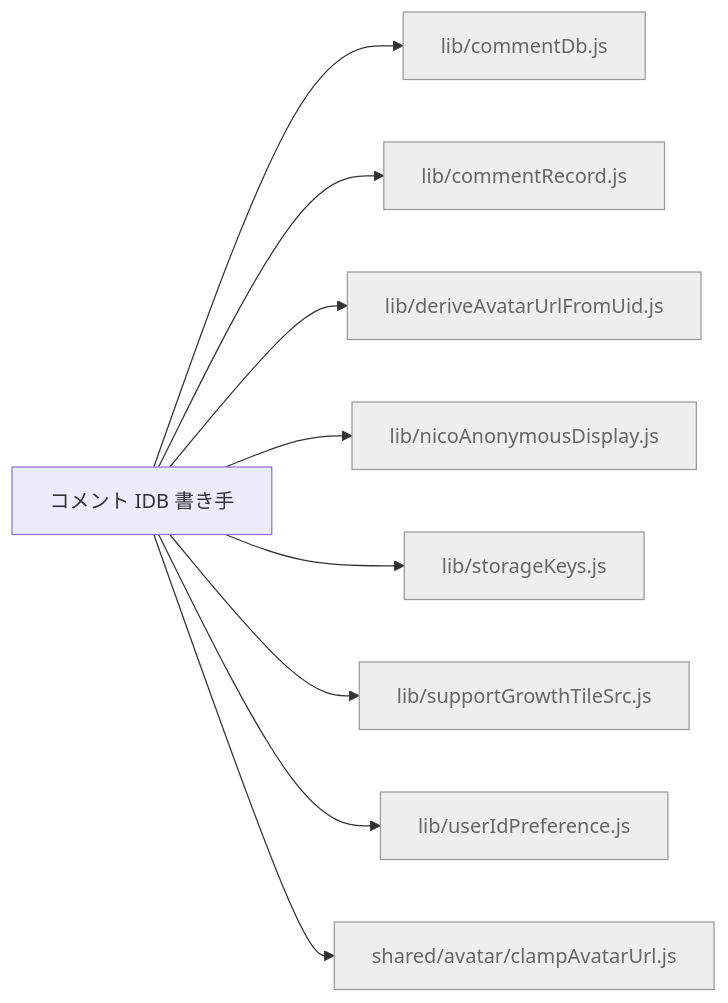
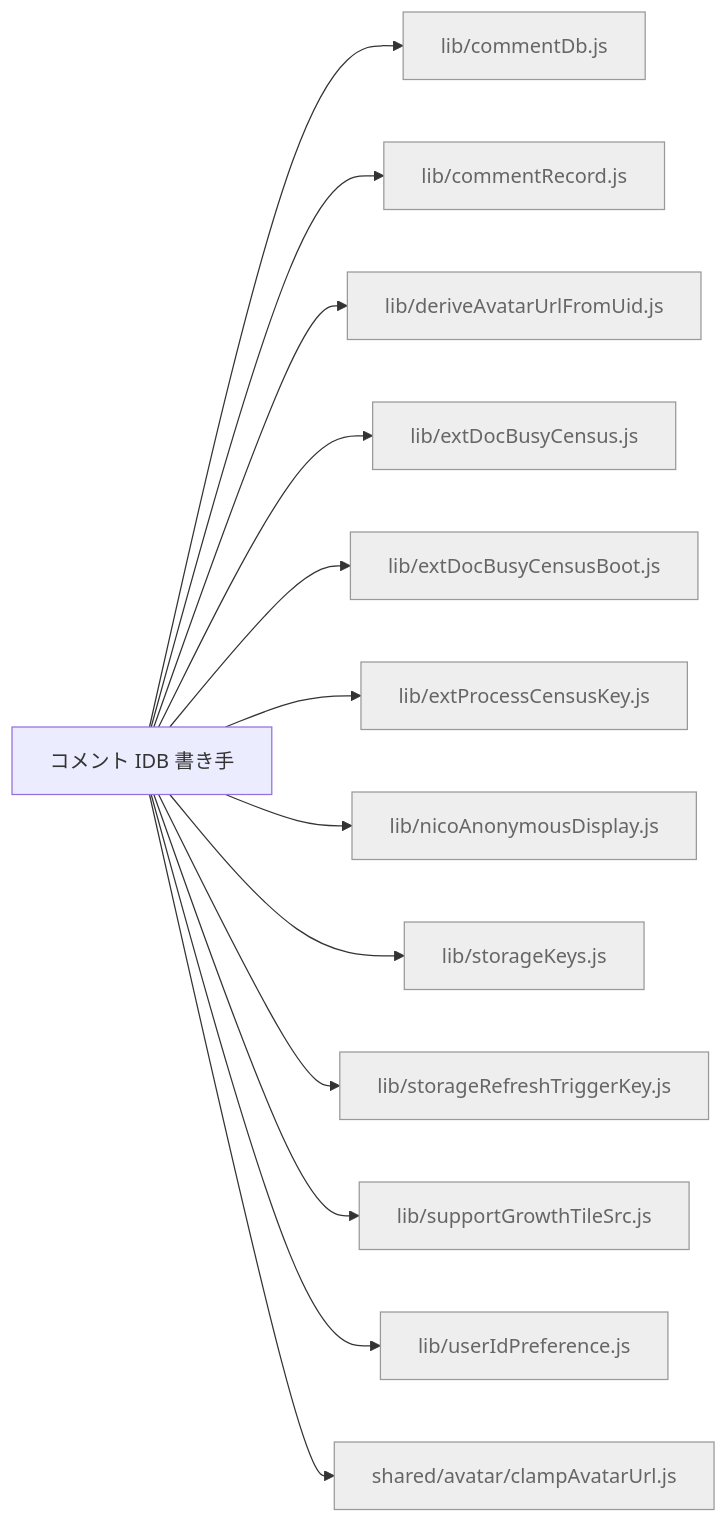
One commit to kimito-link/tsuioku-no-kirameki.com changed the diagram in docs/feature-map/offscreen.md. Above: the diagram before and after it, drawn with Mermaid. The commit also changed 54 other files, not shown here.

````diff
--- a/docs/feature-map/offscreen.md
+++ b/docs/feature-map/offscreen.md
@@ -13,13 +13,17 @@
 ```mermaid
 graph LR
   n_offscreen["コメント IDB 書き手"]
   n_offscreen --> n_src_lib_commentDb_js["lib/commentDb.js"]:::shared
   n_offscreen --> n_src_lib_commentRecord_js["lib/commentRecord.js"]:::shared
   n_offscreen --> n_src_lib_deriveAvatarUrlFromUid_js["lib/deriveAvatarUrlFromUid.js"]:::shared
+  n_offscreen --> n_src_lib_extDocBusyCensus_js["lib/extDocBusyCensus.js"]:::shared
+  n_offscreen --> n_src_lib_extDocBusyCensusBoot_js["lib/extDocBusyCensusBoot.js"]:::shared
+  n_offscreen --> n_src_lib_extProcessCensusKey_js["lib/extProcessCensusKey.js"]:::shared
   n_offscreen --> n_src_lib_nicoAnonymousDisplay_js["lib/nicoAnonymousDisplay.js"]:::shared
   n_offscreen --> n_src_lib_storageKeys_js["lib/storageKeys.js"]:::shared
+  n_offscreen --> n_src_lib_storageRefreshTriggerKey_js["lib/storageRefreshTriggerKey.js"]:::shared
   n_offscreen --> n_src_lib_supportGrowthTileSrc_js["lib/supportGrowthTileSrc.js"]:::shared
   n_offscreen --> n_src_lib_userIdPreference_js["lib/userIdPreference.js"]:::shared
   n_offscreen --> n_src_shared_avatar_clampAvatarUrl_js["shared/avatar/clampAvatarUrl.js"]:::shared
   classDef shared fill:#eee,stroke:#999,color:#666;
 ```
````
